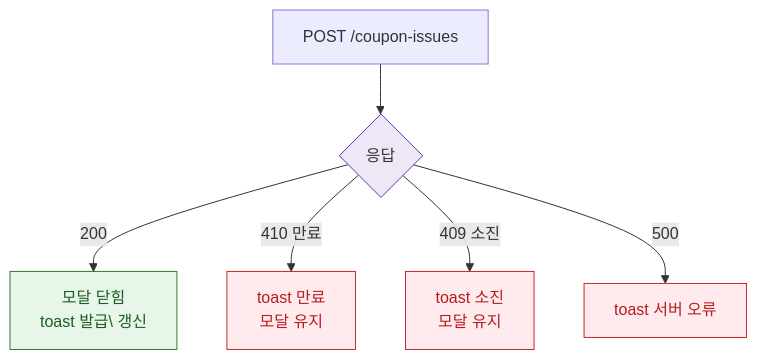
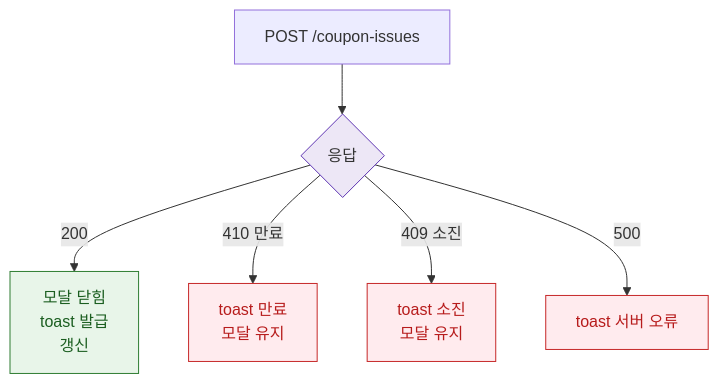
One commit to dev-spogym/admin-pando changed the diagram in docs/admin/다이어그램/D08_마케팅/DLG/DLG-073-002_쿠폰발급/M3_결과분기.md. Above: the diagram before and after it, drawn with Mermaid. The commit also changed 369 other files, not shown here.

````diff
--- a/docs/admin/다이어그램/D08_마케팅/DLG/DLG-073-002_쿠폰발급/M3_결과분기.md
+++ b/docs/admin/다이어그램/D08_마케팅/DLG/DLG-073-002_쿠폰발급/M3_결과분기.md
@@ -12,16 +12,16 @@
 ```mermaid
 flowchart TD
   API[POST /coupon-issues] --> RESP{응답}
-  RESP -->|200|OK[모달 닫힘\ntoast 발급\ 갱신]
+  RESP -->|200|OK[모달 닫힘\ntoast 발급<br/> 갱신]
   RESP -->|410 만료|ERR_EXP[toast 만료\n모달 유지]
   RESP -->|409 소진|ERR_EXHS[toast 소진\n모달 유지]
   RESP -->|500|ERR_SRV[toast 서버 오류]
 
   classDef success fill:#E8F5E9,stroke:#2E7D32,color:#1B5E20
   classDef error fill:#FFEBEE,stroke:#C62828,color:#B71C1C
   classDef system fill:#EDE7F6,stroke:#5E35B2
 
   class OK success
   class ERR_EXP,ERR_EXHS,ERR_SRV error
   class RESP system
 ```
````
